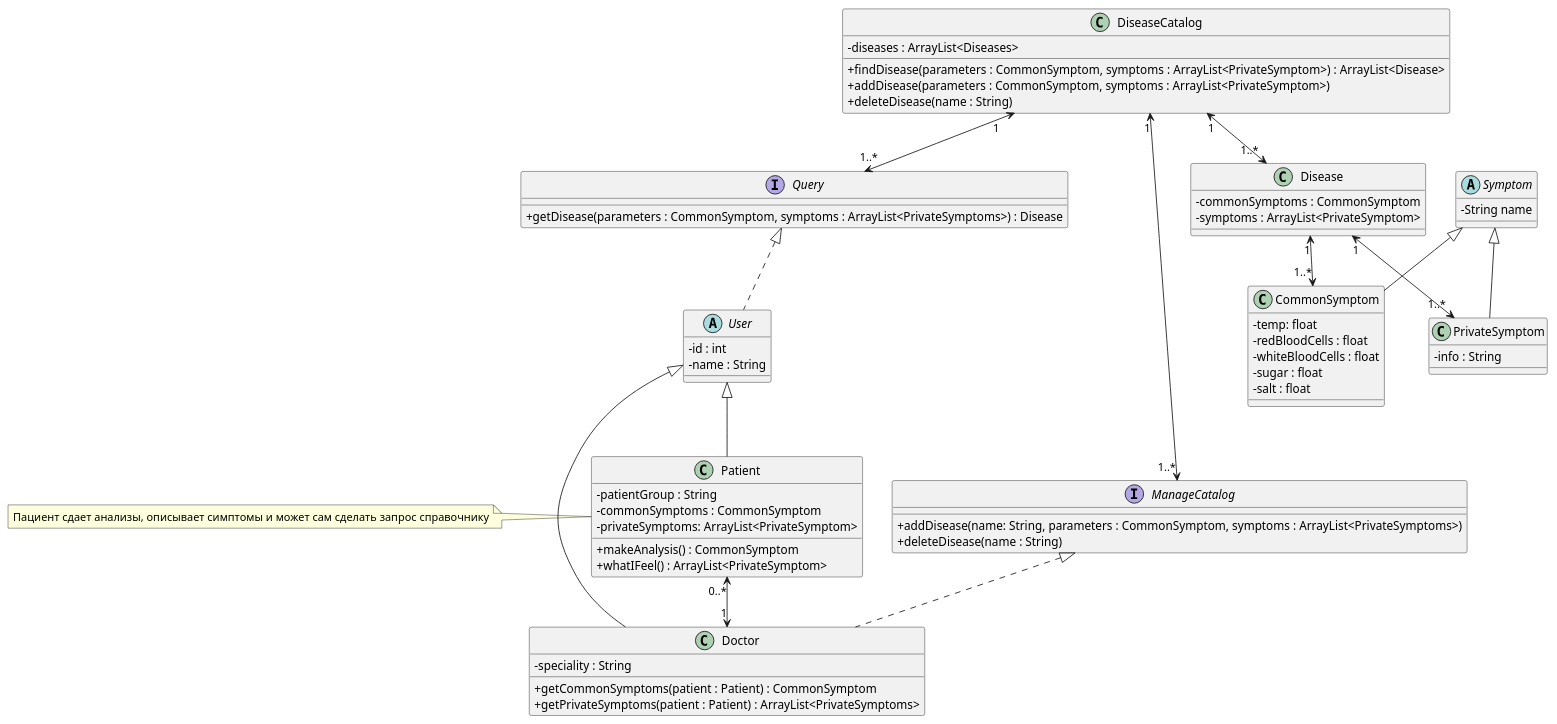
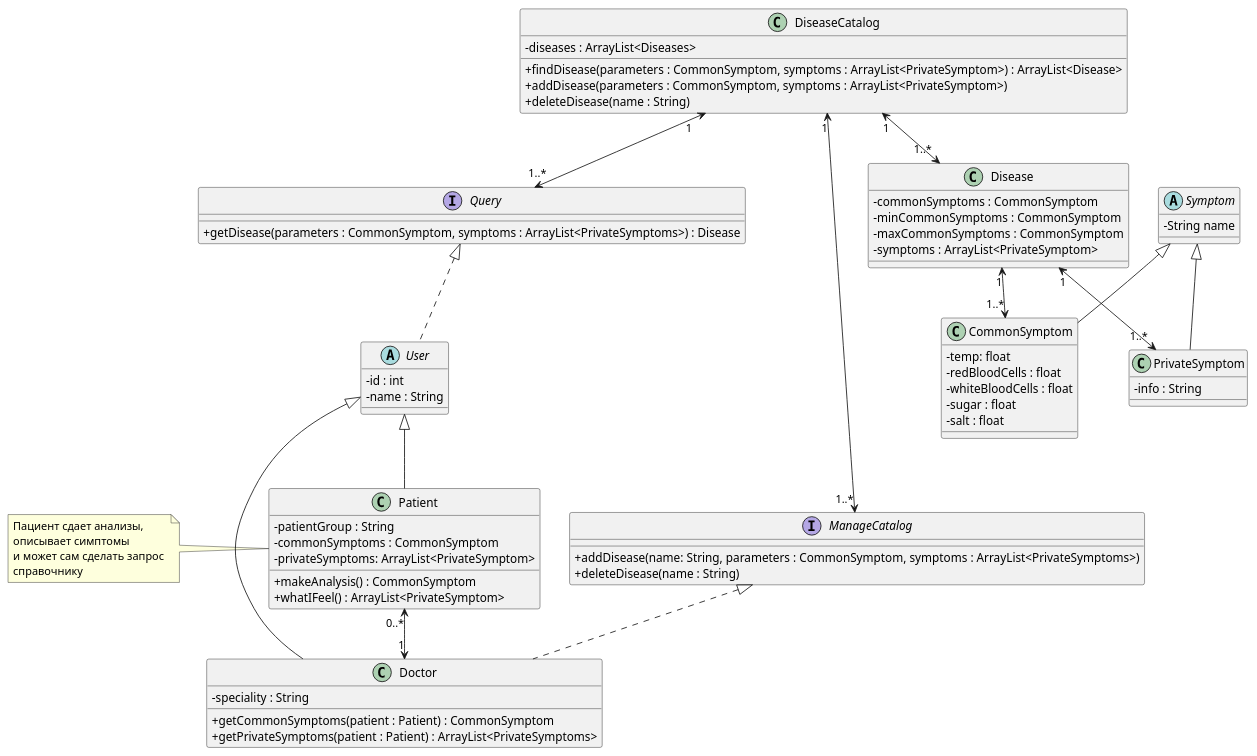
Before and after one commit to Dartya/UMLLab: the diagram in DiseaseBook.puml, drawn with PlantUML. The commit also changed 3 other files, not shown here.

```diff
--- a/DiseaseBook.puml
+++ b/DiseaseBook.puml
@@ -1,77 +1,79 @@
 @startuml
 skinparam classAttributeIconSize 0
 
 abstract class User{
 -id : int
 -name : String
 }
 
 class Doctor {
 -speciality : String
 +getCommonSymptoms(patient : Patient) : CommonSymptom
 +getPrivateSymptoms(patient : Patient) : ArrayList<PrivateSymptoms>
 }
 
 class Patient{
 -patientGroup : String
 -commonSymptoms : CommonSymptom
 -privateSymptoms: ArrayList<PrivateSymptom>
 +makeAnalysis() : CommonSymptom
 +whatIFeel() : ArrayList<PrivateSymptom>
 }
-note left: Пациент сдает анализы, описывает симптомы и может сам сделать запрос справочнику
+note left: Пациент сдает анализы, \nописывает симптомы \nи может сам сделать запрос \nсправочнику
 
 Patient "0..*" <--> "1" Doctor
 
 interface Query{
 +getDisease(parameters : CommonSymptom, symptoms : ArrayList<PrivateSymptoms>) : Disease
 }
 
 interface ManageCatalog{
 +addDisease(name: String, parameters : CommonSymptom, symptoms : ArrayList<PrivateSymptoms>)
 +deleteDisease(name : String)
 }
 
 Query <|.. User
 ManageCatalog <|.. Doctor
 User <|-- Doctor
 User <|-- Patient
 
 class DiseaseCatalog {
 -diseases : ArrayList<Diseases>
 +findDisease(parameters : CommonSymptom, symptoms : ArrayList<PrivateSymptom>) : ArrayList<Disease>
 +addDisease(parameters : CommonSymptom, symptoms : ArrayList<PrivateSymptom>)
 +deleteDisease(name : String)
 }
 
 class Disease{
 -commonSymptoms : CommonSymptom
+-minCommonSymptoms : CommonSymptom
+-maxCommonSymptoms : CommonSymptom
 -symptoms : ArrayList<PrivateSymptom>
 }
 
 abstract class Symptom{
 -String name
 }
 
 class CommonSymptom{
 -temp: float
 -redBloodCells : float
 -whiteBloodCells : float
 -sugar : float
 -salt : float
 }
 
 class PrivateSymptom{
 -info : String
 }
 
 Symptom <|-- CommonSymptom
 Symptom <|-- PrivateSymptom
 
 Disease "1" <--> "1..*" CommonSymptom
 Disease "1" <--> "1..*" PrivateSymptom
 DiseaseCatalog "1" <--> "1..*" Disease
 DiseaseCatalog "1" <--> "1..*" ManageCatalog
 DiseaseCatalog "1" <--> "1..*" Query
 
 @enduml
```
